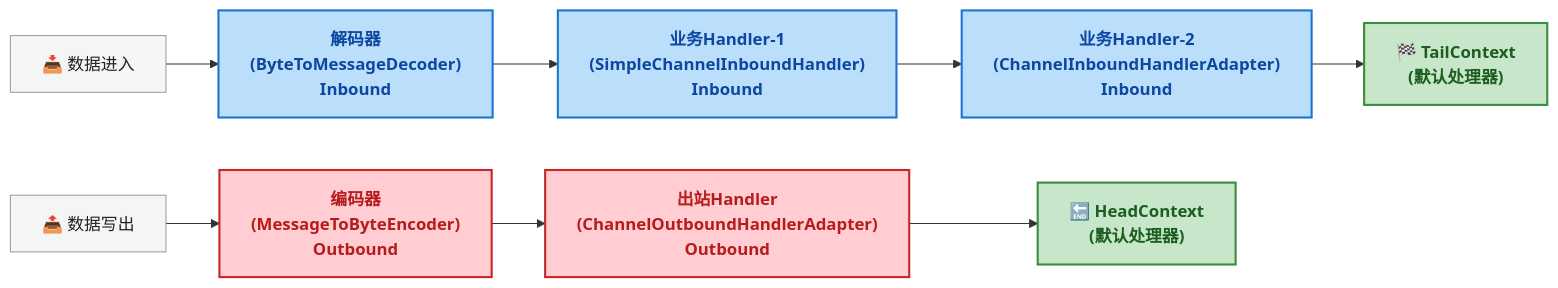
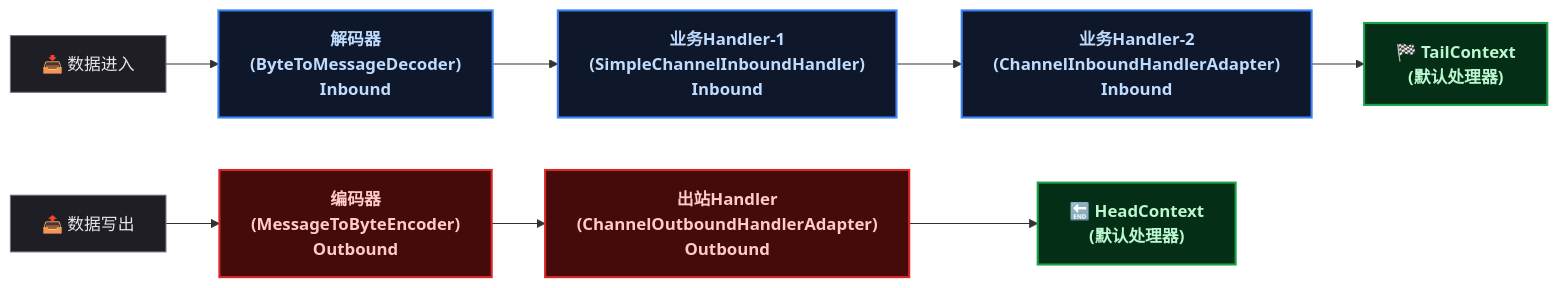
The third of 6 diagrams in content/posts/io/Netty.md (yaocat55/yaocat55.github.io), drawn with Mermaid before and after one commit. The commit also changed other lines of this file and 155 other files, not shown here.

````diff
--- a/content/posts/io/Netty.md
+++ b/content/posts/io/Netty.md
@@ -256,27 +256,27 @@
 ```mermaid
 flowchart LR
     %% ==========================================
     %% 样式定义
     %% ==========================================
-    classDef inbound fill:#BBDEFB,stroke:#1976D2,stroke-width:2px,color:#0D47A1,font-weight:bold;
-    classDef outbound fill:#FFCDD2,stroke:#C62828,stroke-width:2px,color:#B71C1C,font-weight:bold;
-    classDef both fill:#C8E6C9,stroke:#388E3C,stroke-width:2px,color:#1B5E20,font-weight:bold;
-    classDef label fill:#F5F5F5,stroke:#9E9E9E,stroke-width:1px,color:#212121;
+classDef inbound fill:#0f172a,stroke:#3b82f6,stroke-width:2px,color:#bfdbfe,font-weight:bold;
+classDef outbound fill:#450a0a,stroke:#dc2626,stroke-width:2px,color:#fecaca,font-weight:bold;
+classDef both fill:#052e16,stroke:#16a34a,stroke-width:2px,color:#bbf7d0,font-weight:bold;
+classDef label fill:#1e1e24,stroke:#6b7280,stroke-width:1px,color:#e5e7eb;
 
     %% ==========================================
     %% Pipeline 责任链处理顺序
     %% ==========================================
     IN["📥 数据进入"] --> D1["解码器\n(ByteToMessageDecoder)\nInbound"]
     D1 --> D2["业务Handler-1\n(SimpleChannelInboundHandler)\nInbound"]
     D2 --> D3["业务Handler-2\n(ChannelInboundHandlerAdapter)\nInbound"]
     D3 --> TERM["🏁 TailContext\n(默认处理器)"]
 
     OUT["📤 数据写出"] --> E1["编码器\n(MessageToByteEncoder)\nOutbound"]
     E1 --> E2["出站Handler\n(ChannelOutboundHandlerAdapter)\nOutbound"]
     E2 --> HEAD["🔚 HeadContext\n(默认处理器)"]
 
     class D1,D2,D3 inbound;
     class E1,E2 outbound;
     class HEAD,TERM both;
     class IN,OUT label;
 ```
````
